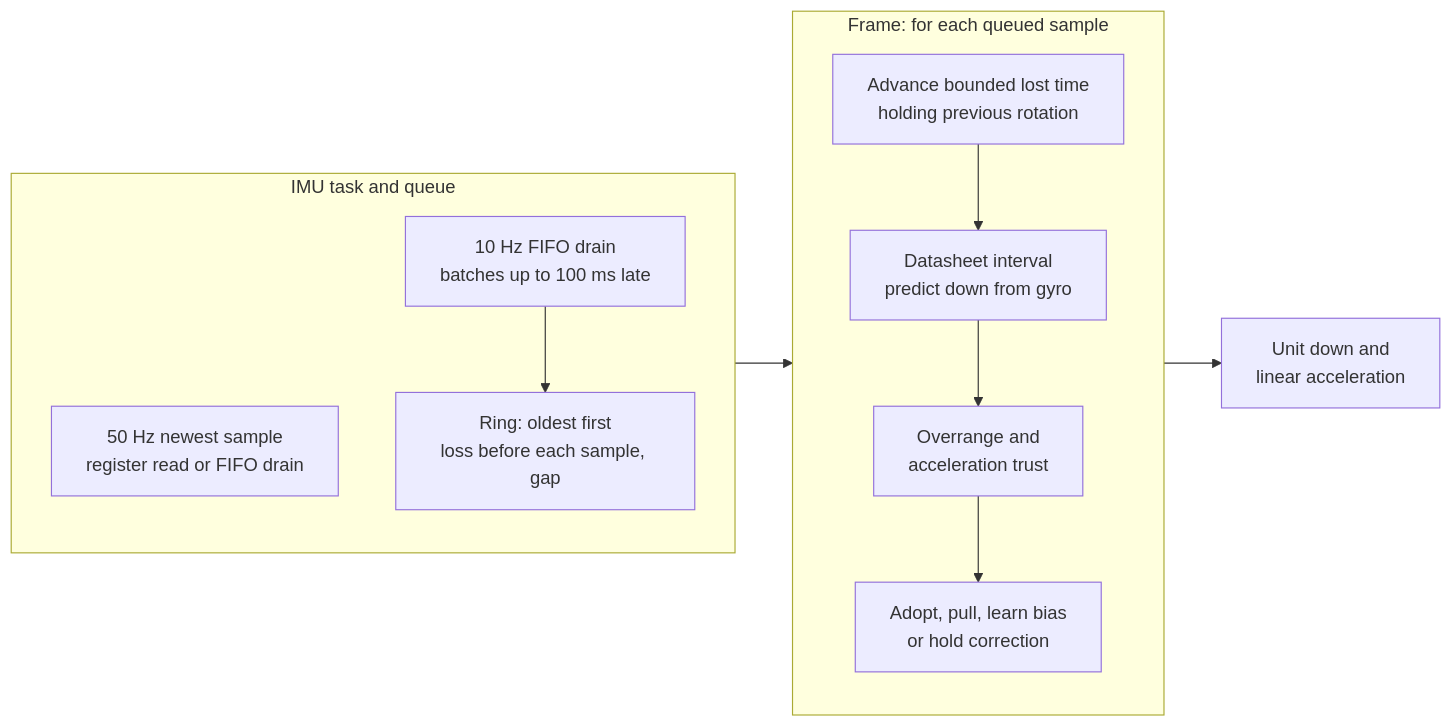
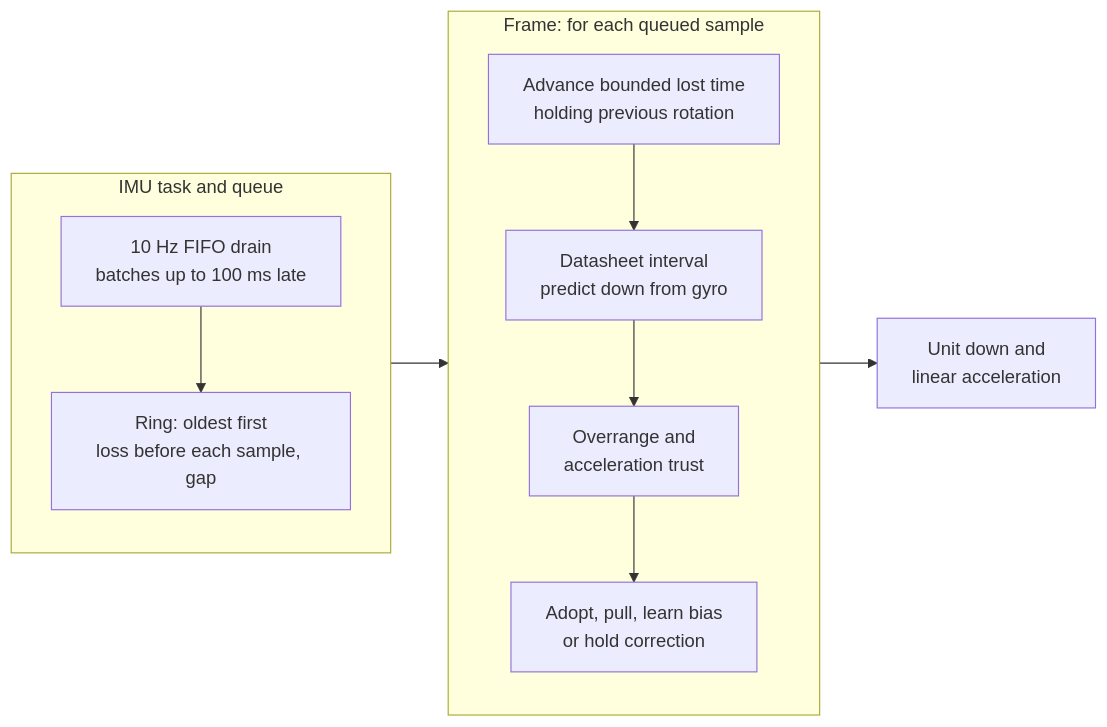
Before and after one commit to jose-villegas/autana: the diagram in docs/input/Gravity.md, drawn with Mermaid. The commit also changed other lines of this file and 2 other files, not shown here.

````diff
--- a/docs/input/Gravity.md
+++ b/docs/input/Gravity.md
@@ -32,14 +34,13 @@
 ```mermaid
 flowchart LR
     subgraph Input["IMU task and queue"]
-        Newest["50 Hz newest sample<br/>register read or FIFO drain"]
         Drain["10 Hz FIFO drain<br/>batches up to 100 ms late"] --> Batch["Ring: oldest first<br/>loss before each sample, gap"]
     end
     subgraph Update["Frame: for each queued sample"]
         Missing["Advance bounded lost time<br/>holding previous rotation"] --> Predict["Datasheet interval<br/>predict down from gyro"]
         Predict --> Judge["Overrange and<br/>acceleration trust"]
         Judge --> Correct["Adopt, pull, learn bias<br/>or hold correction"]
     end
     Linear["Unit down and<br/>linear acceleration"]
     Input --> Update --> Linear
 ```
````
